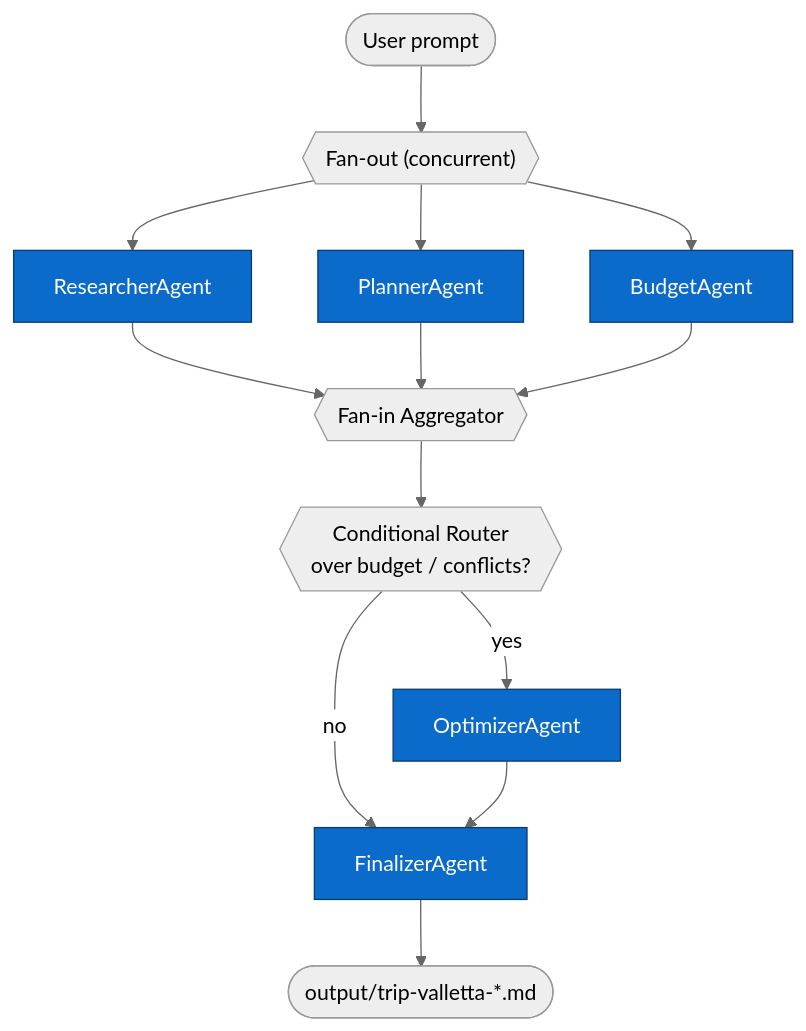
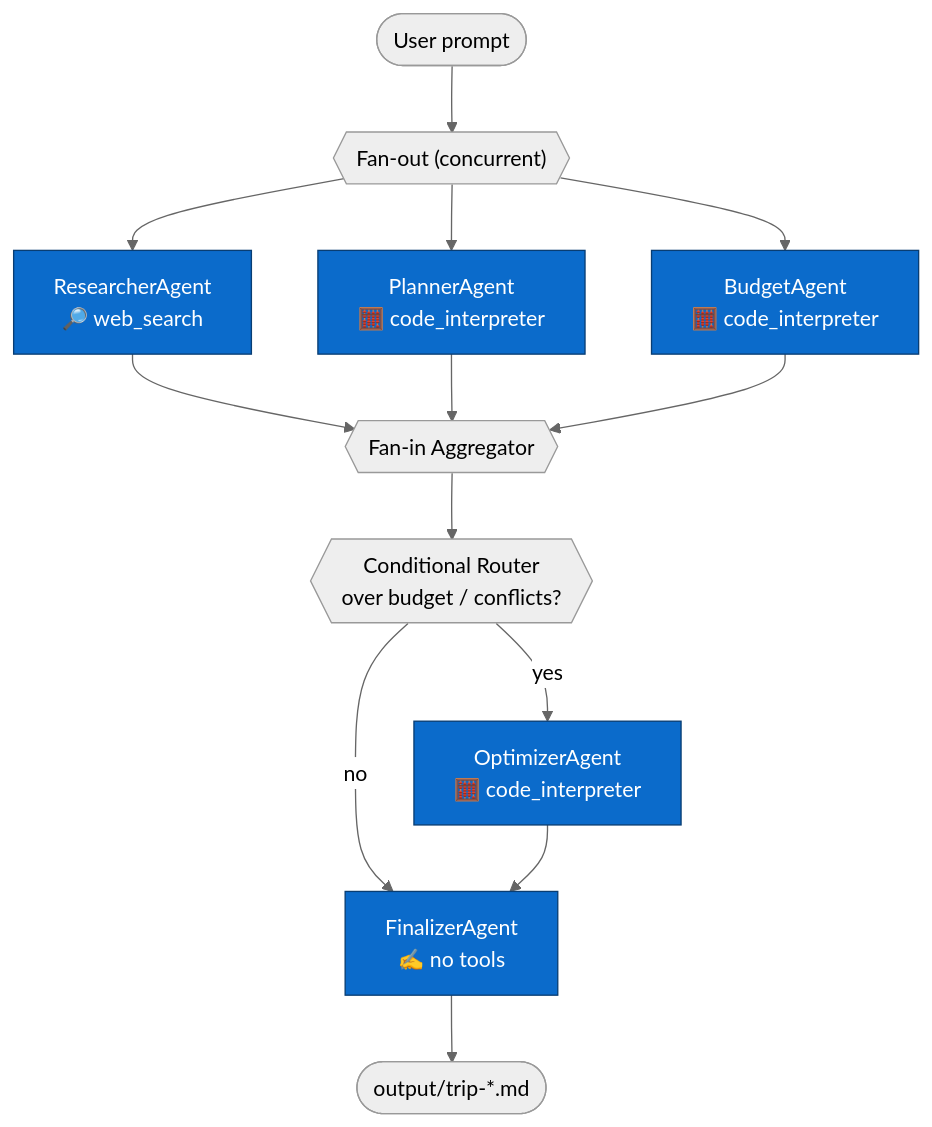
One commit to hkaanturgut/beyond-single-agent changed the diagram in README.md. Above: the diagram before and after it, drawn with Mermaid (neutral theme). The commit also changed other lines of this file and 12 other files, not shown here.

First line of the commit message:
Attach hosted tools to each Foundry agent

````diff
--- a/README.md
+++ b/README.md
@@ -11,18 +11,18 @@
 ```mermaid
 flowchart TD
     START([User prompt]) --> FANOUT{{"Fan-out (concurrent)"}}
-    FANOUT --> R[ResearcherAgent]
-    FANOUT --> P[PlannerAgent]
-    FANOUT --> B[BudgetAgent]
+    FANOUT --> R["ResearcherAgent<br/>🔎 web_search"]
+    FANOUT --> P["PlannerAgent<br/>🧮 code_interpreter"]
+    FANOUT --> B["BudgetAgent<br/>🧮 code_interpreter"]
     R --> AGG{{Fan-in Aggregator}}
     P --> AGG
     B --> AGG
     AGG --> ROUTE{{"Conditional Router<br/>over budget / conflicts?"}}
-    ROUTE -- yes --> OPT[OptimizerAgent]
-    ROUTE -- no --> FIN[FinalizerAgent]
+    ROUTE -- yes --> OPT["OptimizerAgent<br/>🧮 code_interpreter"]
+    ROUTE -- no --> FIN["FinalizerAgent<br/>✍️ no tools"]
     OPT --> FIN
-    FIN --> OUT([output/trip-valletta-*.md])
+    FIN --> OUT([output/trip-*.md])
 
     classDef agent fill:#0b6bcb,stroke:#083d73,color:#fff;
     class R,P,B,OPT,FIN agent;
 ```
````
